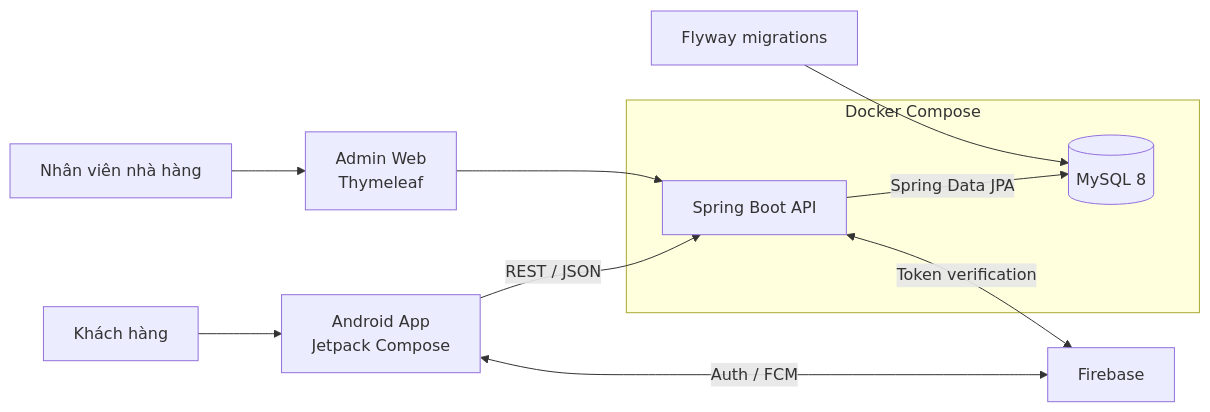
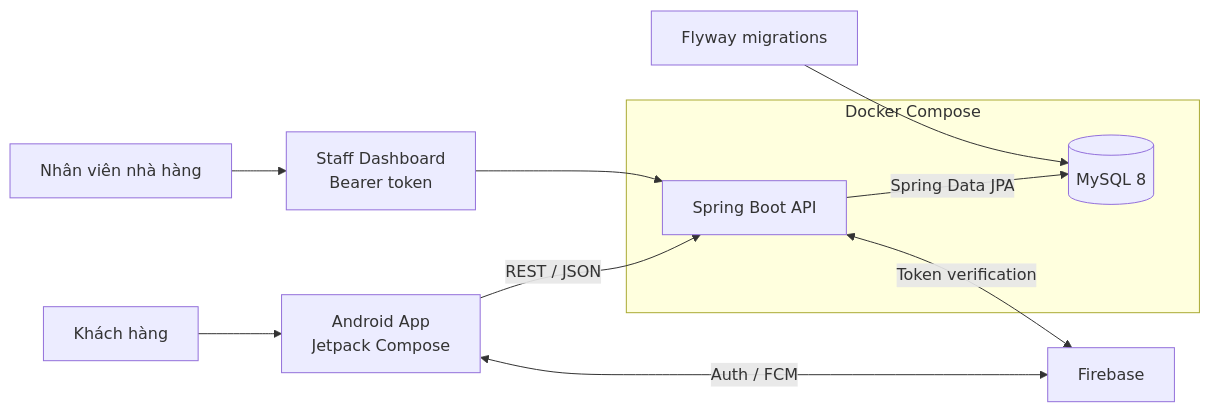
Before and after one commit to TrinhQuocDat542005/The-Golden-Leaf: the diagram in README.md, drawn with Mermaid. The commit also changed other lines of this file and 78 other files, not shown here.

````diff
--- a/README.md
+++ b/README.md
@@ -61,17 +64,17 @@
 ```mermaid
 flowchart LR
     U[Khách hàng] --> A[Android App<br/>Jetpack Compose]
-    S[Nhân viên nhà hàng] --> W[Admin Web<br/>Thymeleaf]
+    S[Nhân viên nhà hàng] --> W[Staff Dashboard<br/>Bearer token]
 
     A -->|REST / JSON| B[Spring Boot API]
     W --> B
     A <-->|Auth / FCM| F[Firebase]
     B <-->|Token verification| F
     B -->|Spring Data JPA| D[(MySQL 8)]
     M[Flyway migrations] --> D
 
     subgraph Docker Compose
         B
         D
     end
 ```
````
